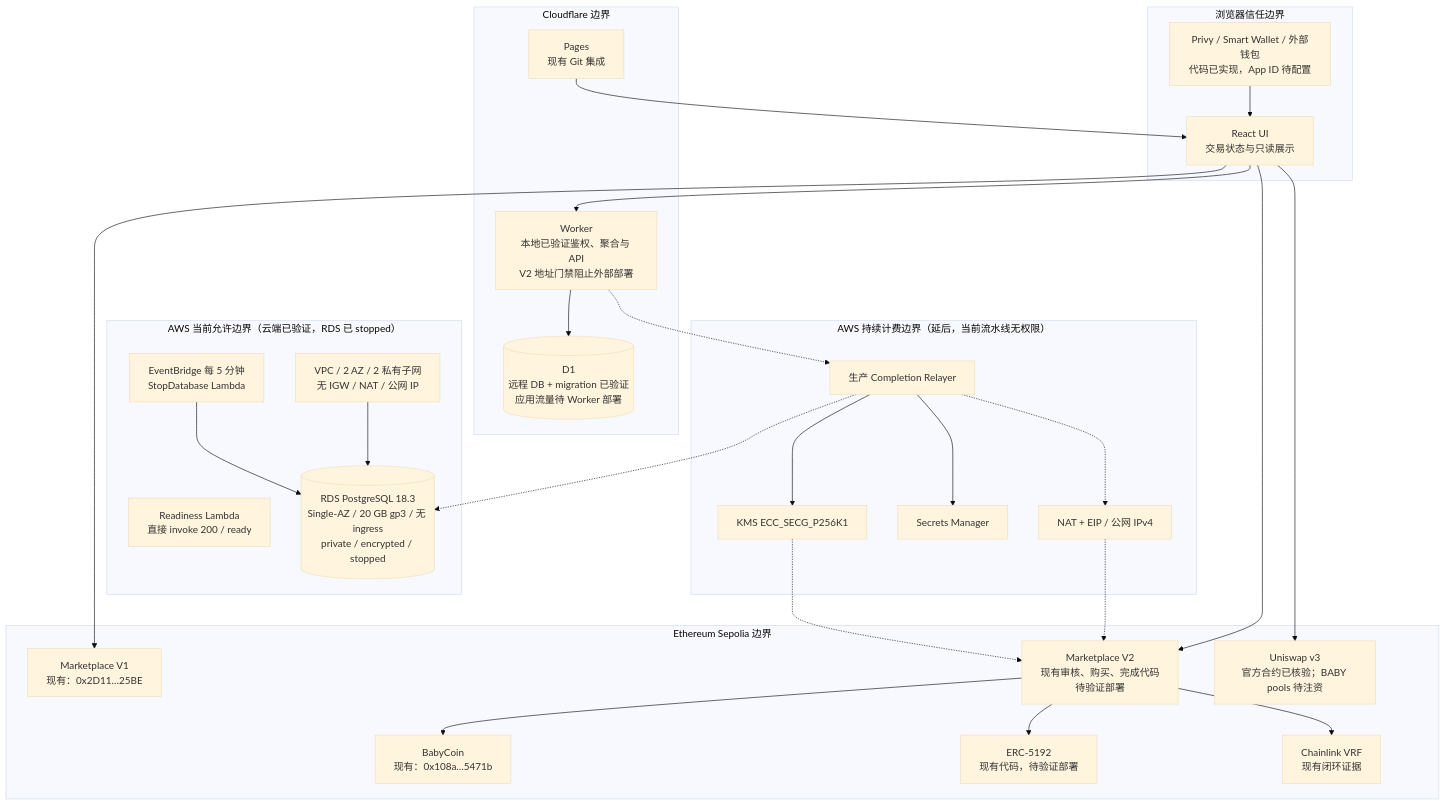
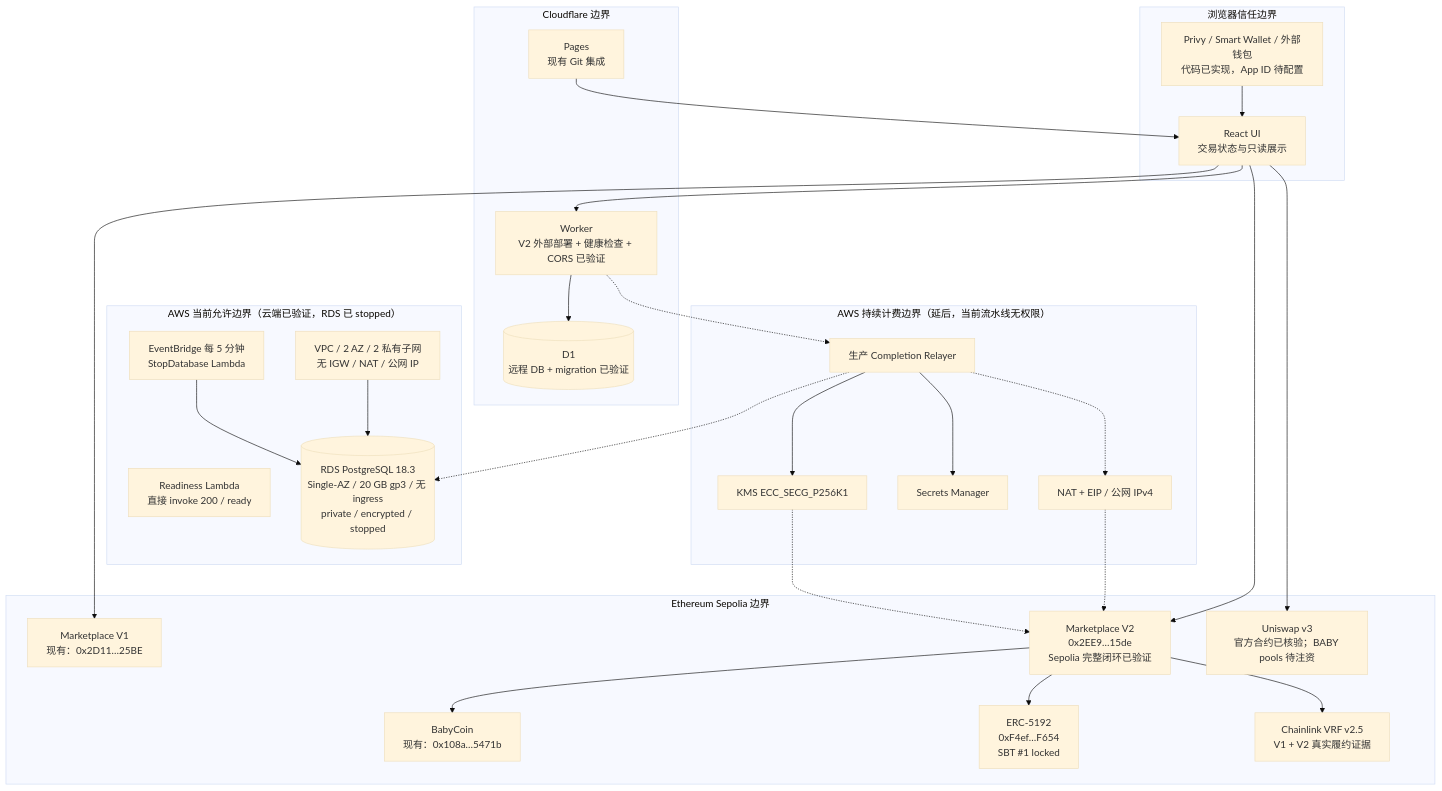
One commit to Tiancheng-Xu/babysteps changed the fourth of 8 diagrams in docs/architecture/starbuddy-web3-architecture.mmd. Above: the diagram before and after it, drawn with Mermaid (base theme). The commit also changed other lines of this file and 29 other files, not shown here.

````diff
--- a/docs/architecture/starbuddy-web3-architecture.mmd
+++ b/docs/architecture/starbuddy-web3-architecture.mmd
@@ -89,50 +89,50 @@
 ```mermaid
 flowchart TB
     subgraph browser["浏览器信任边界"]
         ui["React UI<br/>交易状态与只读展示"]
         wallet["Privy / Smart Wallet / 外部钱包<br/>代码已实现，App ID 待配置"]
     end
     subgraph cloudflare["Cloudflare 边界"]
         pages["Pages<br/>现有 Git 集成"]
-        worker2["Worker<br/>本地已验证鉴权、聚合与 API<br/>V2 地址门禁阻止外部部署"]
-        d12[("D1<br/>远程 DB + migration 已验证<br/>应用流量待 Worker 部署")]
+        worker2["Worker<br/>V2 外部部署 + 健康检查 + CORS 已验证"]
+        d12[("D1<br/>远程 DB + migration 已验证")]
     end
     subgraph ethereum["Ethereum Sepolia 边界"]
         baby["BabyCoin<br/>现有：0x108a…5471b"]
         oldMarket["Marketplace V1<br/>现有：0x2D11…25BE"]
-        newMarket["Marketplace V2<br/>现有审核、购买、完成代码<br/>待验证部署"]
-        cert["ERC-5192<br/>现有代码，待验证部署"]
+        newMarket["Marketplace V2<br/>0x2EE9…15de<br/>Sepolia 完整闭环已验证"]
+        cert["ERC-5192<br/>0xF4ef…F654<br/>SBT #1 locked"]
         uni["Uniswap v3<br/>官方合约已核验；BABY pools 待注资"]
-        chainlink["Chainlink VRF<br/>现有闭环证据"]
+        chainlink["Chainlink VRF v2.5<br/>V1 + V2 真实履约证据"]
     end
     subgraph aws["AWS 当前允许边界（云端已验证，RDS 已 stopped）"]
         probe["Readiness Lambda<br/>直接 invoke 200 / ready"]
         subnets["VPC / 2 AZ / 2 私有子网<br/>无 IGW / NAT / 公网 IP"]
         stop["EventBridge 每 5 分钟<br/>StopDatabase Lambda"]
         db[("RDS PostgreSQL 18.3<br/>Single-AZ / 20 GB gp3 / 无 ingress<br/>private / encrypted / stopped")]
     end
     subgraph deferred["AWS 持续计费边界（延后，当前流水线无权限）"]
         relayer["生产 Completion Relayer"]
         nat["NAT + EIP / 公网 IPv4"]
         secrets["Secrets Manager"]
         key["KMS ECC_SECG_P256K1"]
     end
 
     pages --> ui
     wallet --> ui
     ui --> worker2 --> d12
     ui --> oldMarket
     ui --> newMarket
     ui --> uni
     newMarket --> baby
     newMarket --> cert
     newMarket --> chainlink
     worker2 -.-> relayer
     subnets --> db
     stop --> db
     relayer -.-> db
     relayer --> secrets
     relayer --> key
     relayer -.-> nat -.-> newMarket
     key -.-> newMarket
 ```
````
